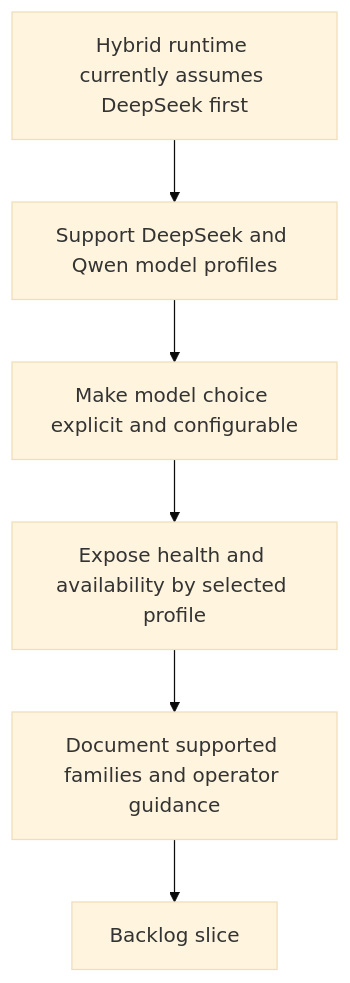
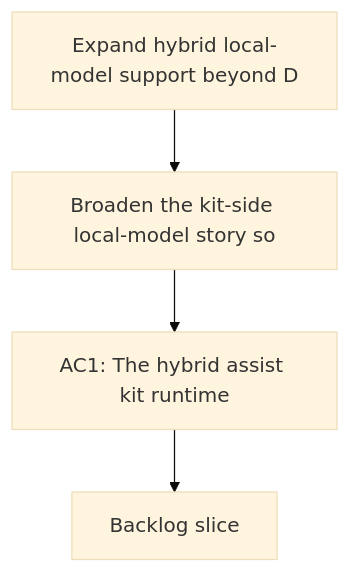
Before and after one commit to AlexAgo83/logics-manager: the diagram in logics/request/req_097_expand_hybrid_local_model_support_beyond_deepseek_with_configurable_qwen_and_deepseek_profiles.md, drawn with Mermaid (base theme). The commit also changed 481 other files, not shown here.

````diff
--- a/logics/request/req_097_expand_hybrid_local_model_support_beyond_deepseek_with_configurable_qwen_and_deepseek_profiles.md
+++ b/logics/request/req_097_expand_hybrid_local_model_support_beyond_deepseek_with_configurable_qwen_and_deepseek_profiles.md
@@ -32,10 +32,8 @@
 ```mermaid
 %% logics-kind: request
 %% logics-signature: request|expand-hybrid-local-model-support-beyond|broaden-the-kit-side-local-model-story-s|ac1-the-hybrid-assist-kit-runtime
 flowchart TD
-    Trigger[Hybrid runtime currently assumes DeepSeek first] --> Profiles[Support DeepSeek and Qwen model profiles]
-    Profiles --> Config[Make model choice explicit and configurable]
-    Config --> Health[Expose health and availability by selected profile]
-    Health --> Docs[Document supported families and operator guidance]
-    Docs --> Backlog[Backlog slice]
+    Trigger[Expand hybrid local-model support beyond D] --> Need[Broaden the kit-side local-model story so]
+    Need --> Outcome[AC1: The hybrid assist kit runtime]
+    Outcome --> Backlog[Backlog slice]
 ```
````
